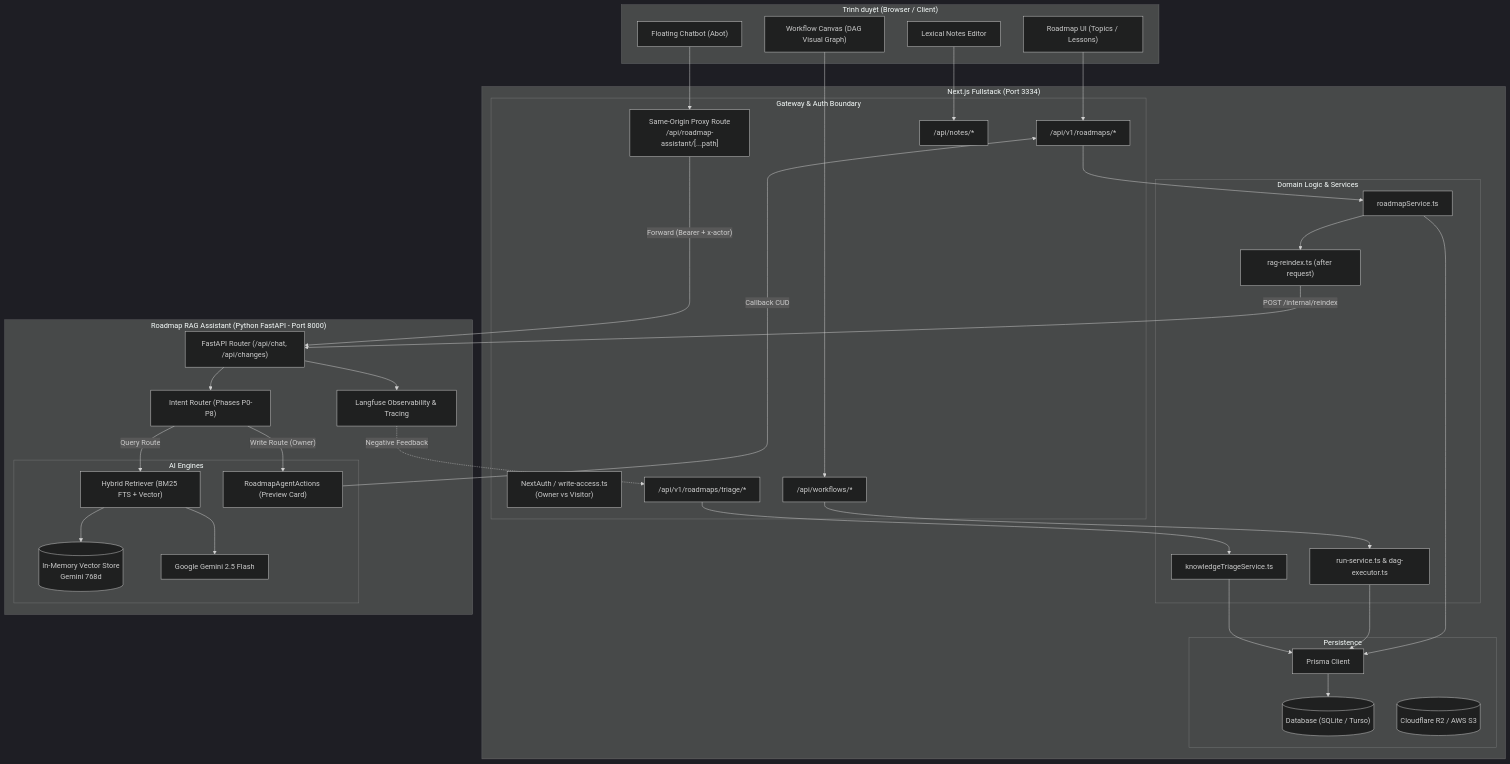
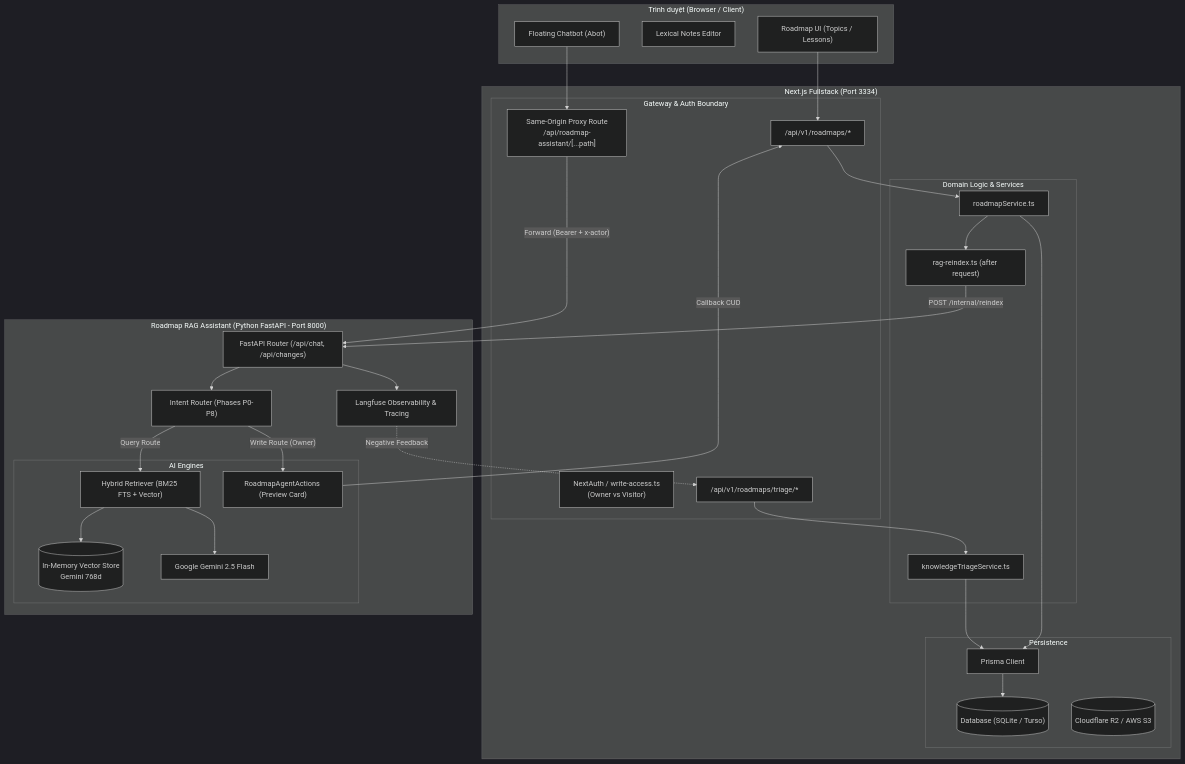
The first of 4 diagrams in docs/code-intel/CRIS_WORKSPACE_MAP.md (CrisNguyen2025/crisne-website), drawn with Mermaid (dark theme) before and after one commit. The commit also changed other lines of this file and 263 other files, not shown here.

````diff
--- a/docs/code-intel/CRIS_WORKSPACE_MAP.md
+++ b/docs/code-intel/CRIS_WORKSPACE_MAP.md
@@ -15,72 +15,65 @@
 ```mermaid
 graph TB
     subgraph Browser_Client ["Trình duyệt (Browser / Client)"]
         UI_Roadmap["Roadmap UI (Topics / Lessons)"]
         UI_Lexical["Lexical Notes Editor"]
-        UI_WorkflowCanvas["Workflow Canvas (DAG Visual Graph)"]
         UI_FloatingBot["Floating Chatbot (Abot)"]
     end
 
     subgraph NextJS_AppRouter ["Next.js Fullstack (Port 3334)"]
         subgraph Gateway_Layer ["Gateway & Auth Boundary"]
             AuthCheck["NextAuth / write-access.ts<br/>(Owner vs Visitor)"]
             Proxy_Route["Same-Origin Proxy Route<br/>/api/roadmap-assistant/[...path]"]
             API_Roadmap["/api/v1/roadmaps/*"]
-            API_Workflows["/api/workflows/*"]
-            API_Notes["/api/notes/*"]
             API_Triage["/api/v1/roadmaps/triage/*"]
         end
 
         subgraph Service_Layer ["Domain Logic & Services"]
             RoadmapService["roadmapService.ts"]
-            WorkflowRunService["run-service.ts & dag-executor.ts"]
             TriageService["knowledgeTriageService.ts"]
             ReindexHook["rag-reindex.ts (after request)"]
         end
 
         subgraph Storage_Layer ["Persistence"]
             PrismaORM["Prisma Client"]
             SQLiteTurso[("Database (SQLite / Turso)")]
             S3R2[("Cloudflare R2 / AWS S3")]
         end
     end
 
     subgraph Python_Microservice ["Roadmap RAG Assistant (Python FastAPI - Port 8000)"]
         FastAPI_Server["FastAPI Router (/api/chat, /api/changes)"]
         IntentRouter["Intent Router (Phases P0-P8)"]
 
         subgraph AI_Engine ["AI Engines"]
             HybridRAG["Hybrid Retriever (BM25 FTS + Vector)"]
             InMemoryStore[("In-Memory Vector Store<br/>Gemini 768d")]
             CUDActions["RoadmapAgentActions (Preview Card)"]
             GeminiLLM["Google Gemini 2.5 Flash"]
         end
 
         LangfuseObs["Langfuse Observability & Tracing"]
     end
 
     %% Client calls
     UI_Roadmap --> API_Roadmap
-    UI_Lexical --> API_Notes
-    UI_WorkflowCanvas --> API_Workflows
     UI_FloatingBot --> Proxy_Route
 
     %% Gateway & Routing
     API_Roadmap --> RoadmapService --> PrismaORM
-    API_Workflows --> WorkflowRunService --> PrismaORM
     API_Triage --> TriageService --> PrismaORM
     PrismaORM --> SQLiteTurso
 
     %% Proxying to Python
     Proxy_Route -- "Forward (Bearer + x-actor)" --> FastAPI_Server
     FastAPI_Server --> IntentRouter
     IntentRouter -- "Query Route" --> HybridRAG --> InMemoryStore
     HybridRAG --> GeminiLLM
     IntentRouter -- "Write Route (Owner)" --> CUDActions
     CUDActions -- "Callback CUD" --> API_Roadmap
     RoadmapService --> ReindexHook -- "POST /internal/reindex" --> FastAPI_Server
 
     %% Observability
     FastAPI_Server --> LangfuseObs
     LangfuseObs -. "Negative Feedback" .-> API_Triage
 ```
````
